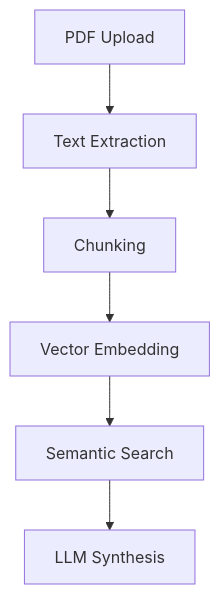
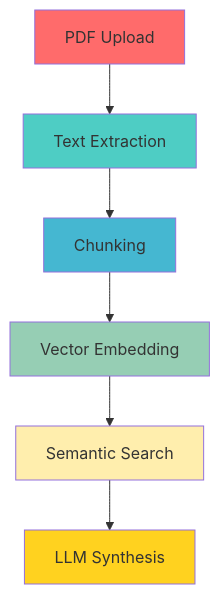
One commit to oovaa/oovaa changed the second of 2 diagrams in README.md. Above: the diagram before and after it, drawn with Mermaid. The commit also changed other lines of this file, not shown here.

````diff
--- a/README.md
+++ b/README.md
@@ -86,8 +91,14 @@
 ```mermaid
 graph TD
     A[PDF Upload] --> B[Text Extraction]
     B --> C[Chunking]
     C --> D[Vector Embedding]
     D --> E[Semantic Search]
     E --> F[LLM Synthesis]
+    style A fill:#FF6B6B
+    style B fill:#4ECDC4
+    style C fill:#45B7D1
+    style D fill:#96CEB4
+    style E fill:#FFEEAD
+    style F fill:#FFD21F
 ```
````
